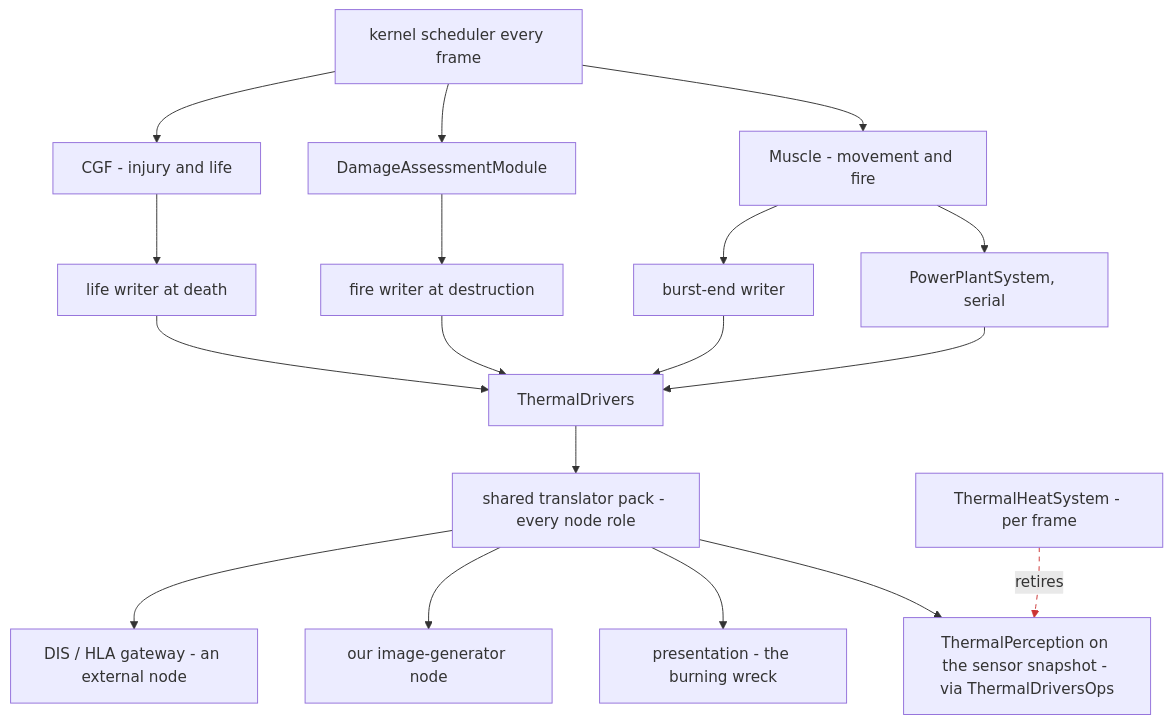
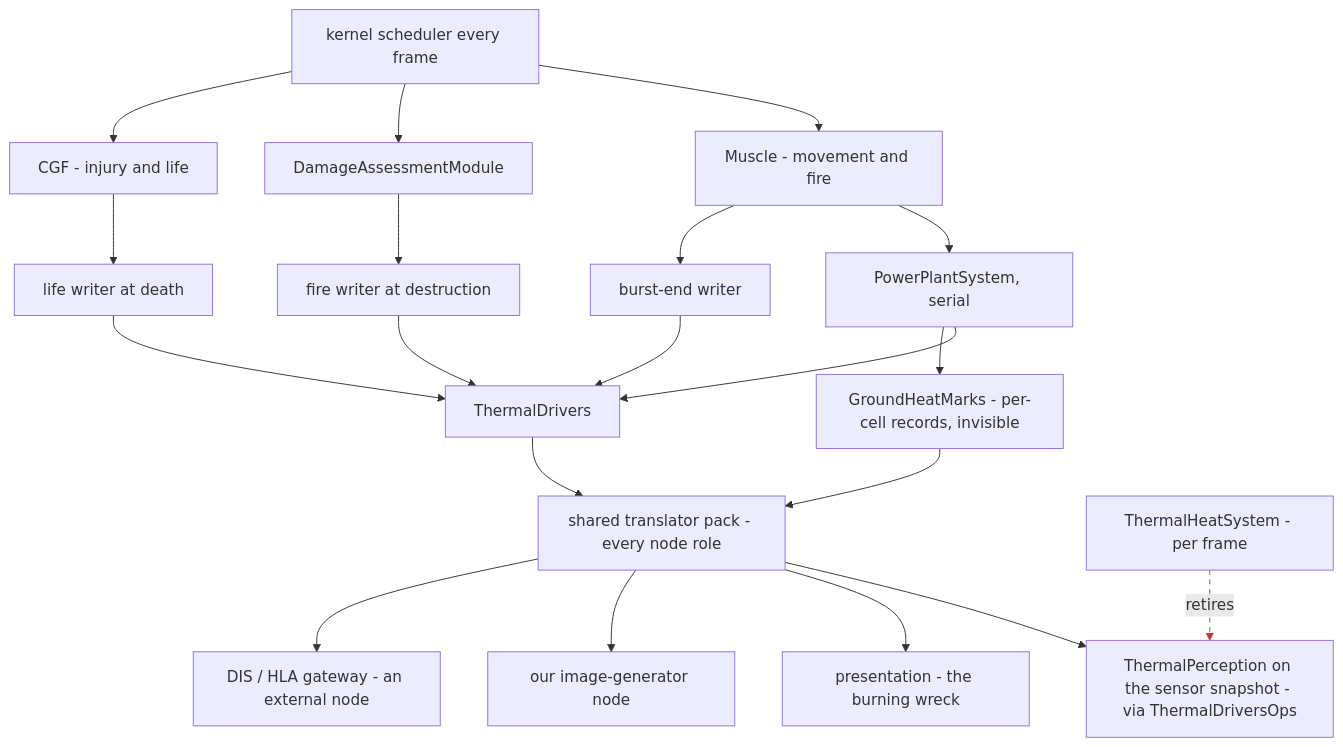
One commit to pjanec/HROT changed the third of 3 diagrams in docs/designs/thermal/DESIGN_Thermal_Drivers.md. Above: the diagram before and after it, drawn with Mermaid. The commit also changed other lines of this file and 1 other file, not shown here.

First line of the commit message:
thermal drivers: TD-14 ground heat marks (the warm spot a vehicle leaves, invisible terrain records like craters); TD-15 the late joiner's sun (ruled)

````diff
--- a/docs/designs/thermal/DESIGN_Thermal_Drivers.md
+++ b/docs/designs/thermal/DESIGN_Thermal_Drivers.md
@@ -167,21 +203,23 @@
 ```mermaid
 graph TD
   SCH[kernel scheduler every frame] --> MUS[Muscle - movement and fire]
   SCH --> DAM[DamageAssessmentModule]
   SCH --> CGF[CGF - injury and life]
   MUS --> PPS[PowerPlantSystem, serial]
   MUS --> BW[burst-end writer]
   DAM --> FW[fire writer at destruction]
   CGF --> LW[life writer at death]
   PPS --> TD[ThermalDrivers]
   BW --> TD
   FW --> TD
   LW --> TD
   TD --> PACK[shared translator pack - every node role]
   PACK --> SENS[ThermalPerception on the sensor snapshot - via ThermalDriversOps]
   PACK --> FX[presentation - the burning wreck]
   PACK --> IG[our image-generator node]
   PACK --> GW[DIS / HLA gateway - an external node]
+  PPS --> HM[GroundHeatMarks - per-cell records, invisible]
+  HM --> PACK
   OLD[ThermalHeatSystem - per frame] -.retires.-> SENS
-  linkStyle 16 stroke:#c33,stroke-dasharray: 5 5
+  linkStyle 18 stroke:#c33,stroke-dasharray: 5 5
 ```
````
